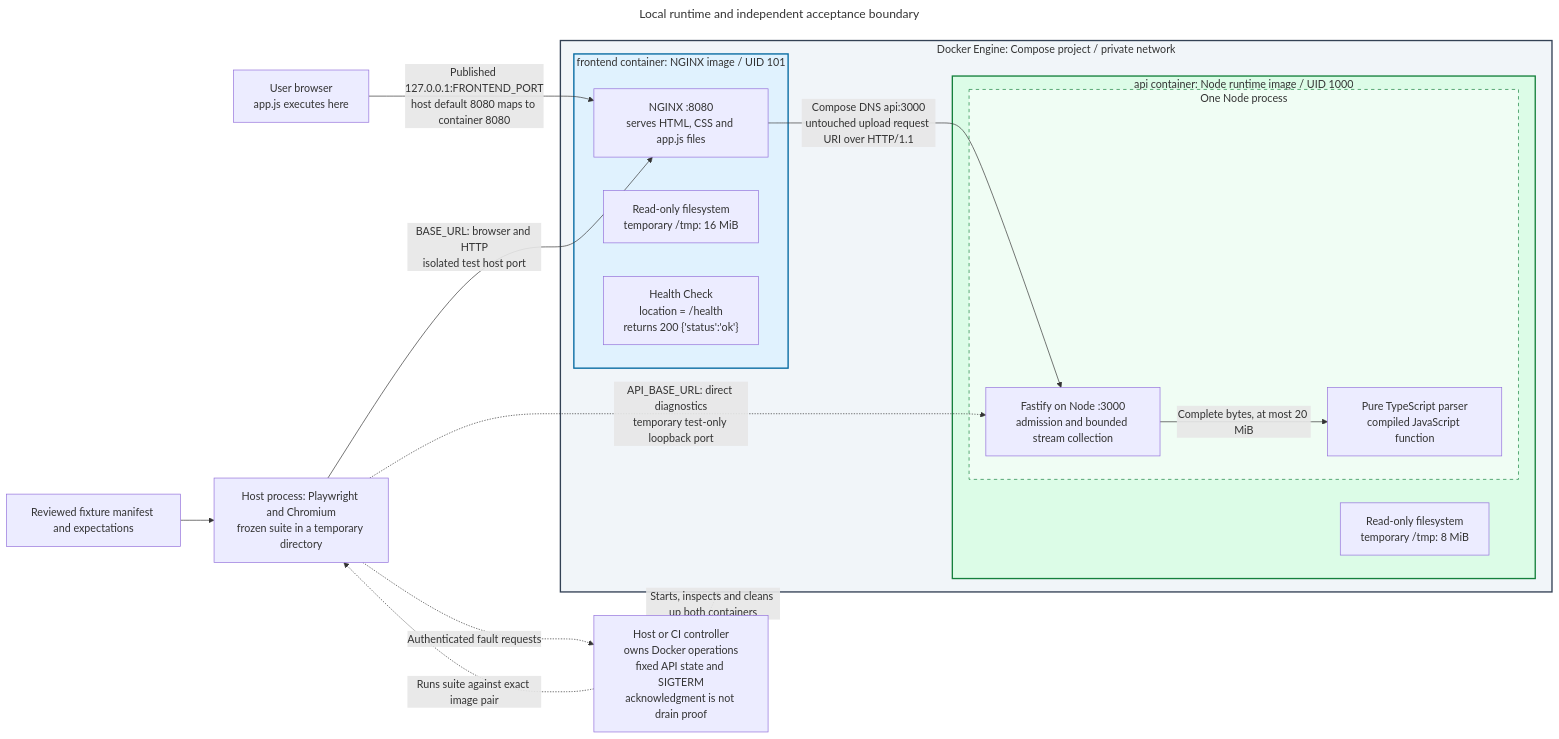
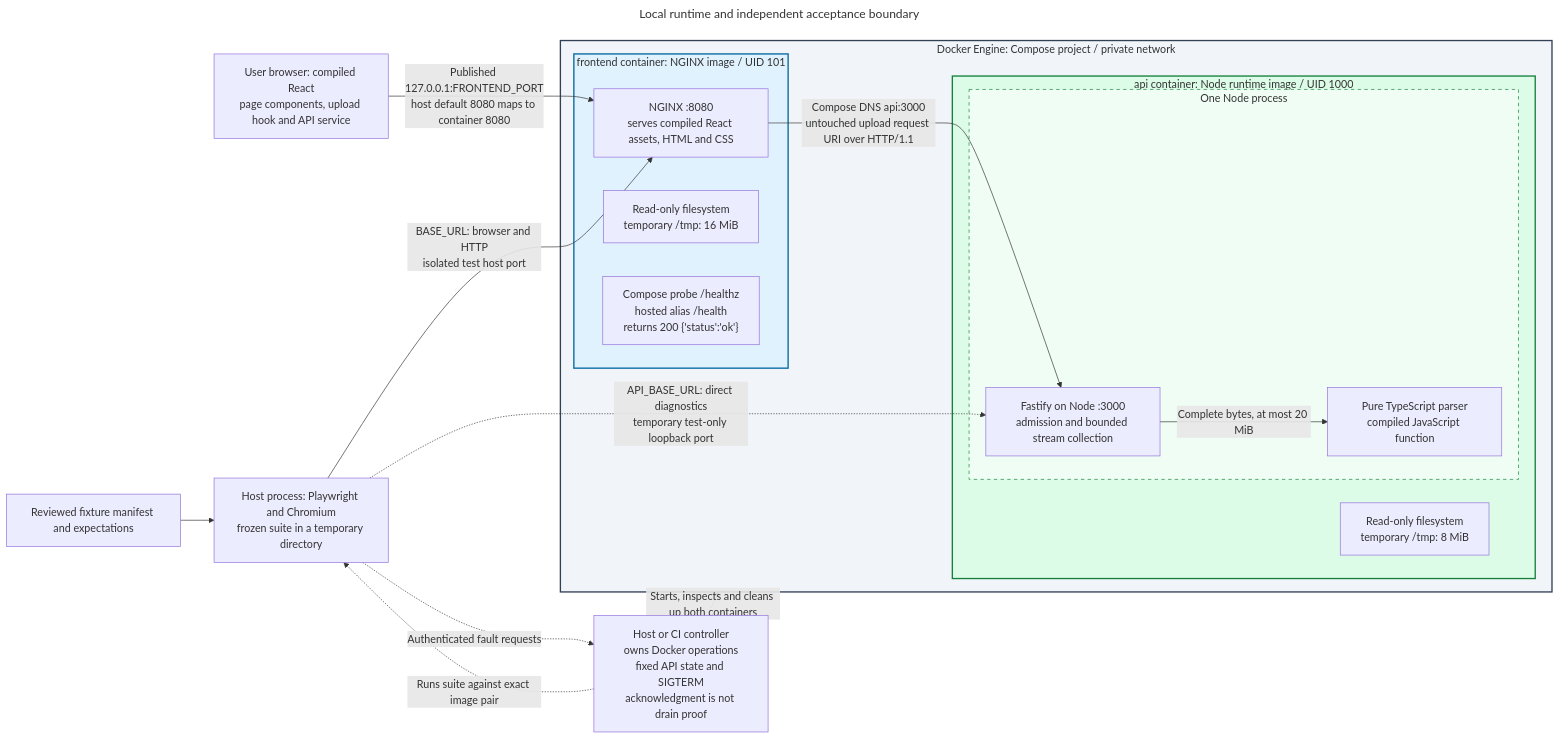
The diagram in docs/architecture/diagrams/runtime.mmd (brobro10000/mp3-frame-counter), drawn with Mermaid before and after one commit. The commit also changed 41 other files, not shown here.

First line of the commit message:
feat(frontend): ship typed React and a local release handoff (#57)

```diff
--- a/docs/architecture/diagrams/runtime.mmd
+++ b/docs/architecture/diagrams/runtime.mmd
@@ -1,55 +1,67 @@
 ---
 title: Local runtime and independent acceptance boundary
 query: >-
   Show Docker wrapping exactly two independently built application images as
   Compose containers. Nest NGINX and its static assets inside the frontend
   container, and Fastify transport plus parser inside one Node process in the
   API container. Put both containers inside Docker's Compose network. Keep
-  browser JavaScript, the host controller and extracted Playwright/Chromium
-  runner outside Docker. Distinguish published loopback host port from internal
-  frontend port 8080 and private API port 3000, with a separate test-only
-  loopback binding for direct API diagnostics. Show source-defined runtime
-  users, read-only filesystems, temporary mounts and bounded in-process parsing.
-  Do not imply a third parser/test container, Node frontend runtime or cloud
-  deployment. Keep fixed API lifecycle readback and SIGTERM inside the host
-  controller; command acknowledgment does not prove graceful drain.
+  browser React page components, useMp3Analysis business state and the raw API
+  service outside Docker, with the host controller and extracted Playwright
+  runner also outside Docker. App.tsx composes the page; Vite builds static
+  assets. Distinguish published loopback host port from internal frontend port
+  8080 and private API port 3000, with a separate test-only loopback binding for
+  direct API diagnostics. Show source-defined runtime users, read-only
+  filesystems, temporary mounts and bounded in-process parsing. Do not imply a
+  third parser/test container, Node frontend runtime or cloud deployment. Keep
+  fixed API lifecycle readback and SIGTERM inside the host controller; command
+  acknowledgment does not prove graceful drain.
 references:
   - 'File: /compose.yaml'
   - 'File: /frontend/Dockerfile'
+  - 'File: /frontend/src/App.tsx'
+  - 'File: /frontend/src/main.tsx'
+  - 'File: /frontend/src/hooks/useMp3Analysis.ts'
+  - 'File: /frontend/src/services/mp3Analysis.ts'
+  - 'File: /frontend/src/services/response.ts'
+  - 'File: /frontend/src/types/analysis.ts'
+  - 'File: /frontend/src/components/UploadForm.tsx'
+  - 'File: /frontend/src/components/AnalysisResult.tsx'
+  - 'File: /frontend/vite.config.ts'
+  - 'File: /package.json'
   - 'File: /frontend/nginx.conf.template'
   - 'File: /server/Dockerfile'
   - 'File: /server/src/http.ts'
   - 'File: /server/src/mp3.ts'
   - 'File: /scripts/run-e2e.mjs'
   - 'File: /scripts/e2e-controller.mjs'
-generationTime: '2026-10-11T12:48:33.916Z'
+generationTime: '2026-10-11T14:49:05.328Z'
 ---
 flowchart LR
-    B["User browser<br/>app.js executes here"]
+    B["User browser: compiled React<br/>page components, upload hook and API service"]
     subgraph DOCKER["Docker Engine: Compose project / private network"]
         subgraph FRONT["frontend container: NGINX image / UID 101"]
-            F["NGINX :8080<br/>serves HTML, CSS and app.js files"]
+            F["NGINX :8080<br/>serves compiled React assets, HTML and CSS"]
             FS["Read-only filesystem<br/>temporary /tmp: 16 MiB"]
-            H["Health Check<br/>location = /health<br/>returns 200 {'status':'ok'}"]
+            H["Compose probe /healthz<br/>hosted alias /health<br/>returns 200 {'status':'ok'}"]
         end
         subgraph BACK["api container: Node runtime image / UID 1000"]
             subgraph NODE["One Node process"]
                 A["Fastify on Node :3000<br/>admission and bounded stream collection"]
                 P["Pure TypeScript parser<br/>compiled JavaScript function"]
                 A -->|"Complete bytes, at most 20 MiB"| P
             end
             AS["Read-only filesystem<br/>temporary /tmp: 8 MiB"]
         end
         F -->|"Compose DNS api:3000<br/>untouched upload request URI over HTTP/1.1"| A
     end
     B -->|"Published 127.0.0.1:FRONTEND_PORT<br/>host default 8080 maps to container 8080"| F
     T["Host process: Playwright and Chromium<br/>frozen suite in a temporary directory"] -->|"BASE_URL: browser and HTTP<br/>isolated test host port"| F
     T -.->|"API_BASE_URL: direct diagnostics<br/>temporary test-only loopback port"| A
     O["Reviewed fixture manifest and expectations"] --> T
     C["Host or CI controller<br/>owns Docker operations<br/>fixed API state and SIGTERM<br/>acknowledgment is not drain proof"] -.->|"Starts, inspects and cleans up both containers"| DOCKER
     C -.->|"Runs suite against exact image pair"| T
     T -.->|"Authenticated fault requests"| C
     style DOCKER fill:#f1f5f9,stroke:#334155,stroke-width:2px
     style FRONT fill:#e0f2fe,stroke:#0369a1,stroke-width:2px
     style BACK fill:#dcfce7,stroke:#15803d,stroke-width:2px
     style NODE fill:#f0fdf4,stroke:#15803d,stroke-dasharray:5 5
```
